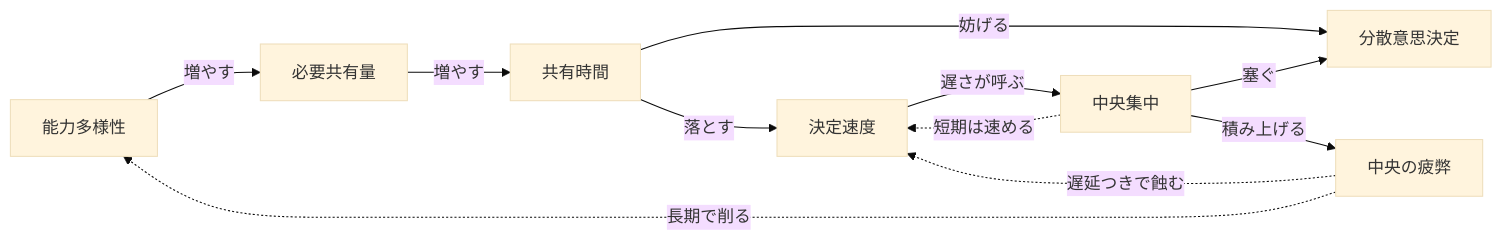
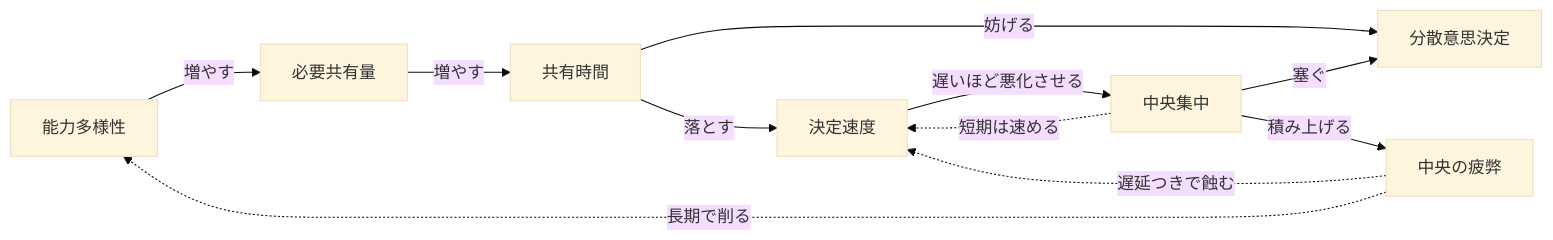
Before and after one commit to iwasa-kosui/monorepo: the third of 5 diagrams in apps/kosui-me/src/content/posts/2026-04-29-organizing-around-customer-value.mdx, drawn with Mermaid (base theme). The commit also changed other lines of this file, not shown here.

````diff
--- a/apps/kosui-me/src/content/posts/2026-04-29-organizing-around-customer-value.mdx
+++ b/apps/kosui-me/src/content/posts/2026-04-29-organizing-around-customer-value.mdx
@@ -54,20 +68,20 @@
 ```mermaid
 flowchart LR
     A["能力多様性"]
     B["必要共有量"]
     C["共有時間"]
     D["決定速度"]
     E["分散意思決定"]
     F["中央集中"]
     G["中央の疲弊"]
     A -->|増やす| B
     B -->|増やす| C
     C -->|落とす| D
     C -->|妨げる| E
-    D -->|遅さが呼ぶ| F
+    D -->|遅いほど悪化させる| F
     F -.->|短期は速める| D
     F -->|塞ぐ| E
     F -->|積み上げる| G
     G -.->|遅延つきで蝕む| D
     G -.->|長期で削る| A
 ```
````
